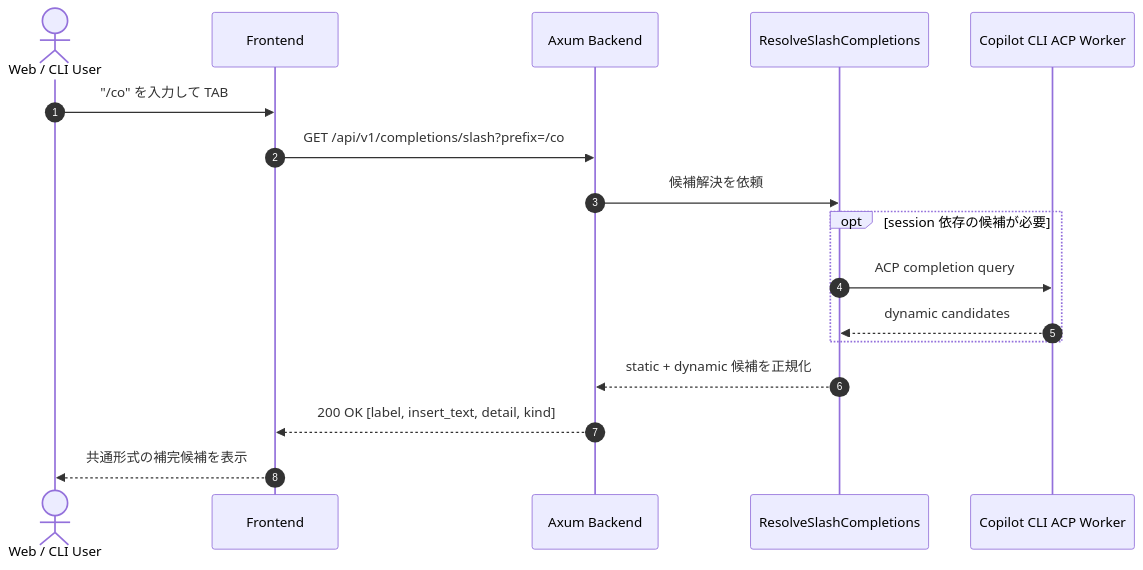
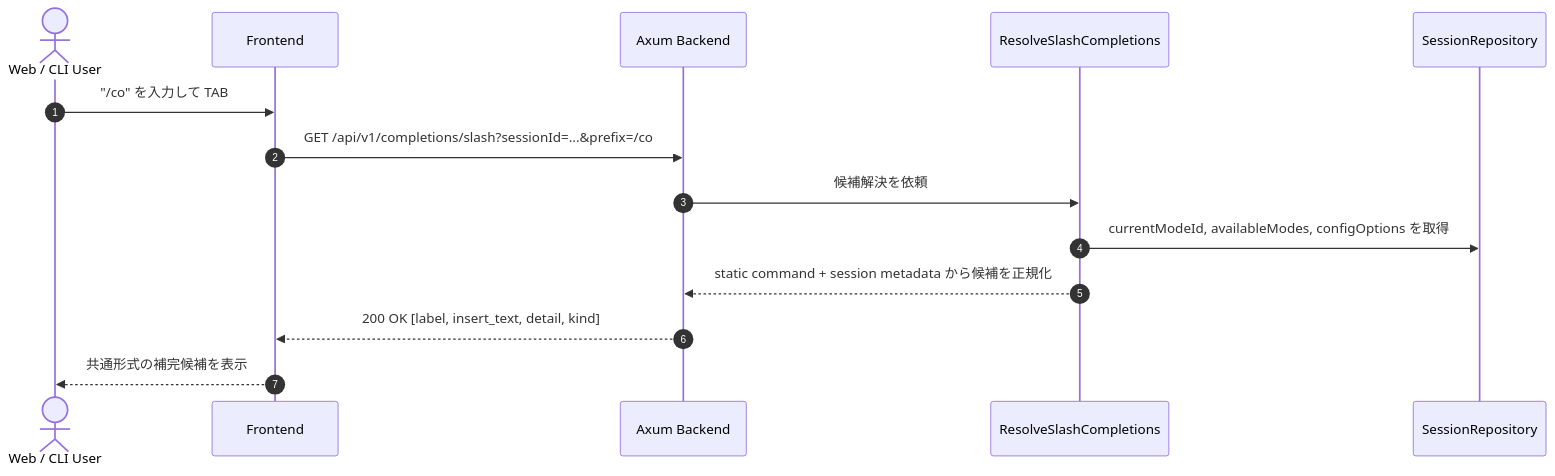
Before and after one commit to chalharu/copilot-sandbox-container: the ninth of 11 diagrams in docs/explanation/acp-web-cli-architecture.md, drawn with Mermaid. The commit also changed other lines of this file, not shown here.

Commit message:
docs(explanation): align ACP session flow and completion

````diff
--- a/docs/explanation/acp-web-cli-architecture.md
+++ b/docs/explanation/acp-web-cli-architecture.md
@@ -432,22 +448,18 @@
 ```mermaid
 sequenceDiagram
     autonumber
     actor User as Web / CLI User
     participant Frontend as Frontend
     participant Backend as Axum Backend
     participant CompletionUC as ResolveSlashCompletions
-    participant Worker as Copilot CLI ACP Worker
+    participant SessionRepo as SessionRepository
 
     User->>Frontend: "/co" を入力して TAB
-    Frontend->>Backend: GET /api/v1/completions/slash?prefix=/co
+    Frontend->>Backend: GET /api/v1/completions/slash?sessionId=...&prefix=/co
     Backend->>CompletionUC: 候補解決を依頼
 
-    opt session 依存の候補が必要
-        CompletionUC->>Worker: ACP completion query
-        Worker-->>CompletionUC: dynamic candidates
-    end
-
-    CompletionUC-->>Backend: static + dynamic 候補を正規化
+    CompletionUC->>SessionRepo: currentModeId, availableModes, configOptions を取得
+    CompletionUC-->>Backend: static command + session metadata から候補を正規化
     Backend-->>Frontend: 200 OK [label, insert_text, detail, kind]
     Frontend-->>User: 共通形式の補完候補を表示
 ```
````
